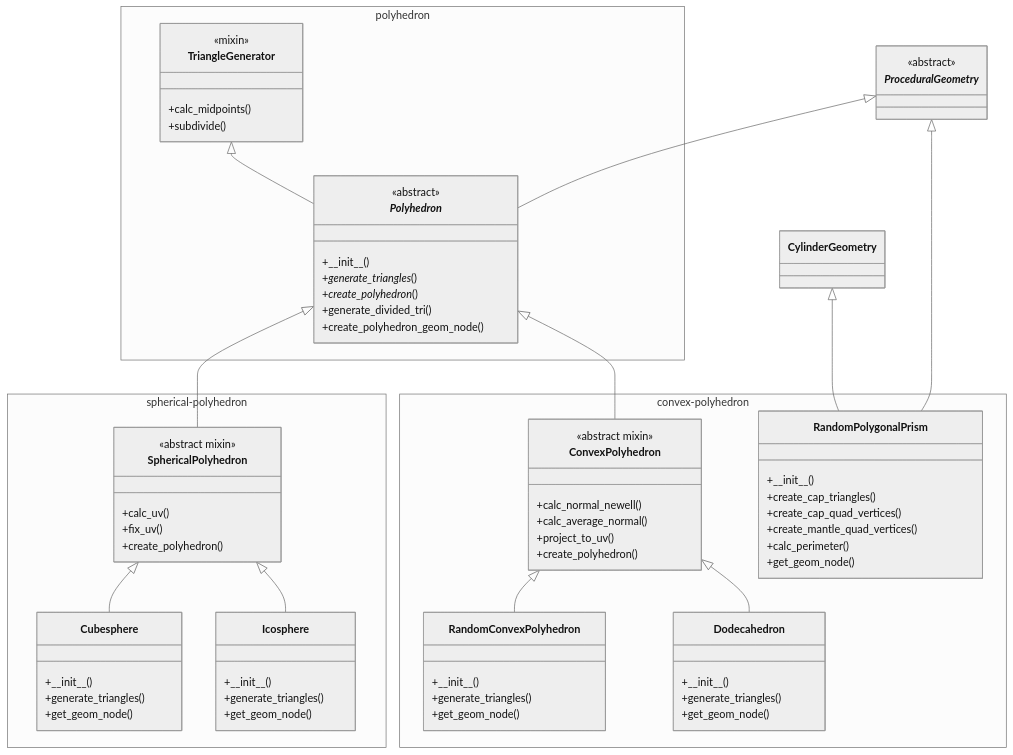
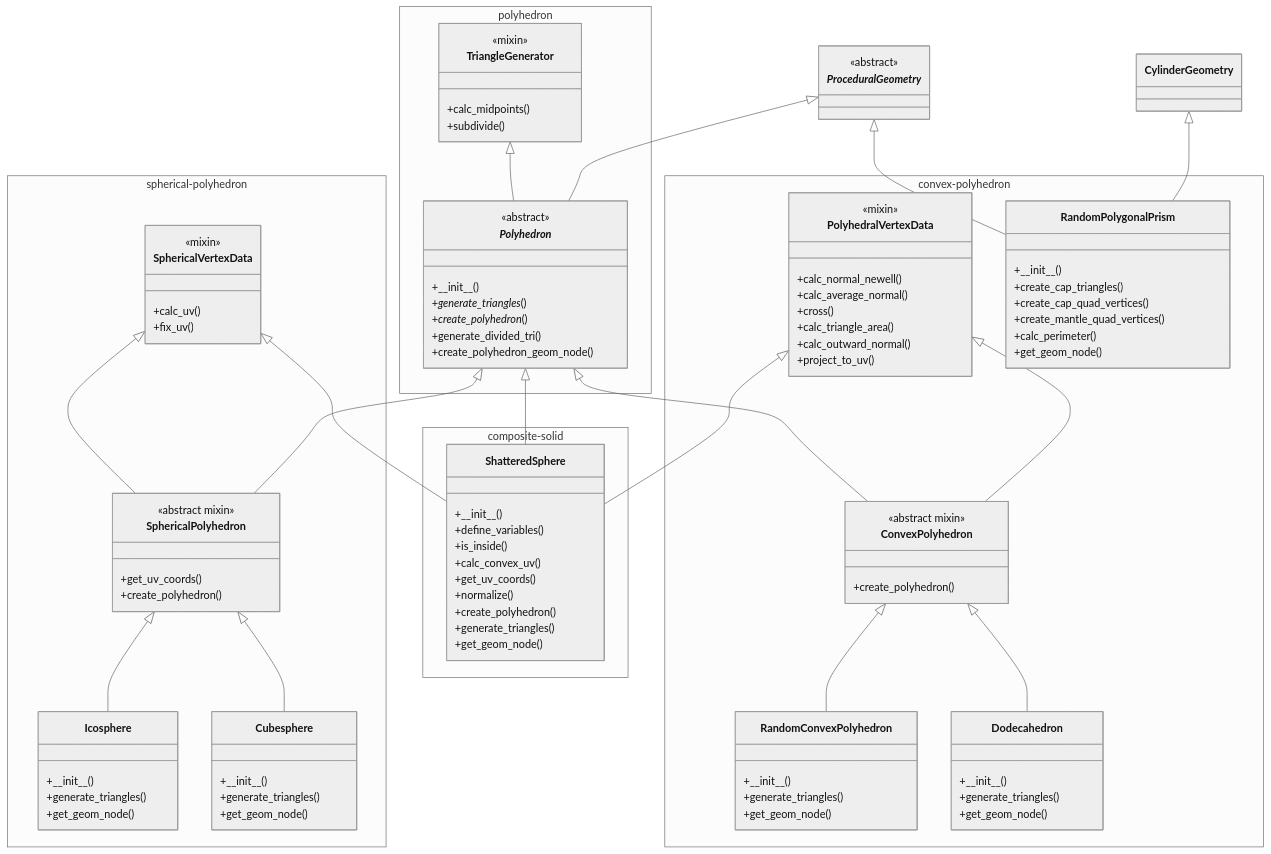
The fourth of 5 diagrams in README.md (taKana671/shapes), drawn with Mermaid (neutral theme) before and after one commit. The commit also changed other lines of this file and 1 other file, not shown here.

Commit message:
Changed so as to use cache.

````diff
--- a/README.md
+++ b/README.md
@@ -357,11 +363,16 @@
   }  
 
   namespace spherical-polyhedron {
-    
+
+    class SphericalVertexData {
+      <<mixin>>
+      +calc_uv()
+      +fix_uv()
+    }
+
     class SphericalPolyhedron {
       <<abstract mixin>>
-      +calc_uv()
-      +fix_uv()
+      +get_uv_coords()
       +create_polyhedron()
     }
 
@@ -379,11 +390,28 @@
   }
 
   namespace convex-polyhedron{
+
+
+    class PolyhedralVertexData {
+      <<mixin>>
+      +calc_normal_newell()
+      +calc_average_normal()
+      +cross()
+      +calc_triangle_area()
+      +calc_outward_normal()
+      +project_to_uv()
+    }
+    class RandomPolygonalPrism {
+      +\_\_init\_\_()
+      +create_cap_triangles()
+      +create_cap_quad_vertices()
+      +create_mantle_quad_vertices()
+      +calc_perimeter()
+      +get_geom_node()
+    }
+
     class ConvexPolyhedron {
       <<abstract mixin>>
-      +calc_normal_newell()
-      +calc_average_normal()
-      +project_to_uv()
       +create_polyhedron()
     }
 
@@ -399,27 +427,41 @@
       +get_geom_node()
     }
 
-    class RandomPolygonalPrism {
+  }
+
+  namespace composite-solid {
+
+    class ShatteredSphere {
       +\_\_init\_\_()
-      +create_cap_triangles()
-      +create_cap_quad_vertices()
-      +create_mantle_quad_vertices()
-      +calc_perimeter()
+      +define_variables()
+      +is_inside()
+      +calc_convex_uv()
+      +get_uv_coords()
+      +normalize()
+      +create_polyhedron()
+      +generate_triangles()
       +get_geom_node()
     }
   }
 
+  TriangleGenerator <|-- _Polyhedron_
   _ProceduralGeometry_ <|-- _Polyhedron_
-  TriangleGenerator <|-- _Polyhedron_
 
+  SphericalVertexData <|-- ShatteredSphere
+  PolyhedralVertexData <|-- ShatteredSphere
+  _Polyhedron_ <|-- ShatteredSphere
+
+  SphericalVertexData <|-- SphericalPolyhedron
   _Polyhedron_ <|-- SphericalPolyhedron
   SphericalPolyhedron <|-- Cubesphere
   SphericalPolyhedron <|-- Icosphere
 
   _Polyhedron_ <|-- ConvexPolyhedron
+  PolyhedralVertexData <|-- ConvexPolyhedron
   ConvexPolyhedron <|-- RandomConvexPolyhedron
   ConvexPolyhedron <|-- Dodecahedron
 
   _ProceduralGeometry_ <|-- RandomPolygonalPrism
   CylinderGeometry <|-- RandomPolygonalPrism
+
 ```
````
